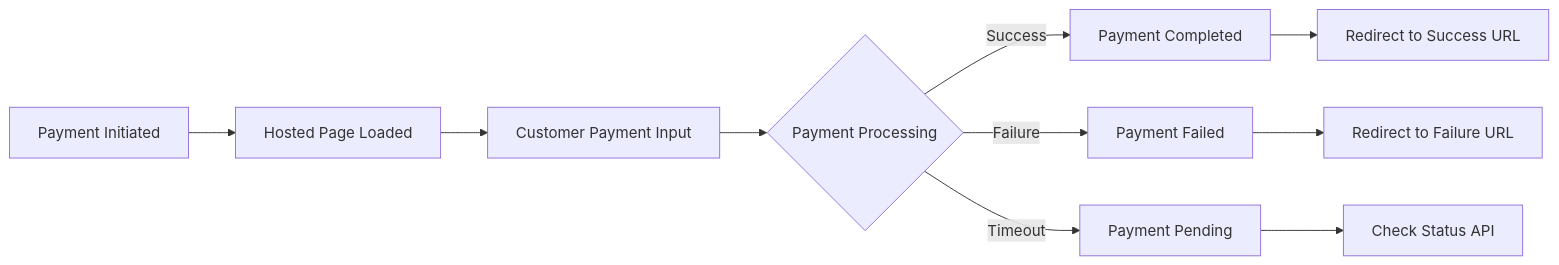
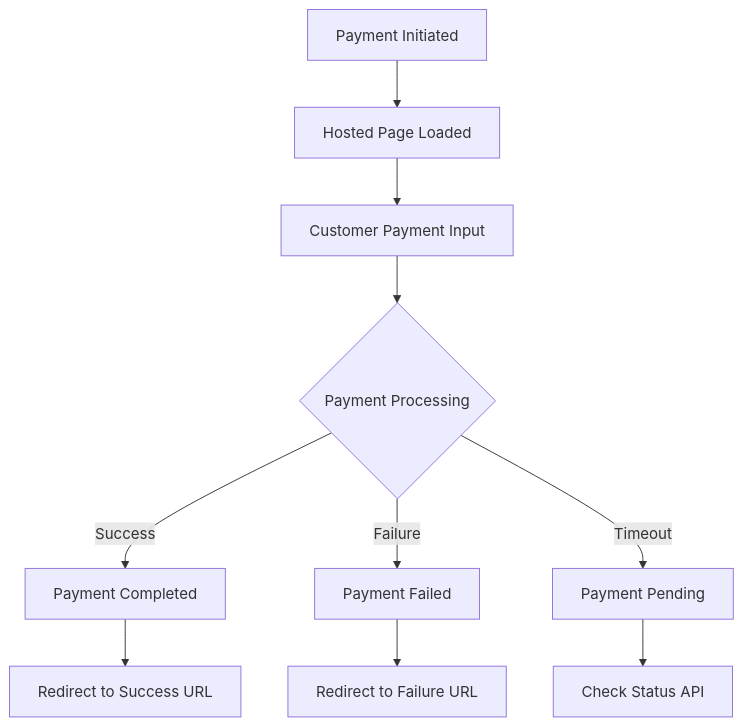
One commit to payu-india/CMS-Chatbot changed the diagram in reference/Collect Payment/sample-payu-hosted-checkout-api.md. Above: the diagram before and after it, drawn with Mermaid. The commit also changed other lines of this file, not shown here.

````diff
--- a/reference/Collect Payment/sample-payu-hosted-checkout-api.md
+++ b/reference/Collect Payment/sample-payu-hosted-checkout-api.md
@@ -446,12 +446,12 @@
 ```mermaid
-graph LR
+graph TD
     A[Payment Initiated] --> B[Hosted Page Loaded]
     B --> C[Customer Payment Input]
     C --> D{Payment Processing}
     D -->|Success| E[Payment Completed]
     D -->|Failure| F[Payment Failed]
     D -->|Timeout| G[Payment Pending]
     E --> H[Redirect to Success URL]
     F --> I[Redirect to Failure URL]
     G --> J[Check Status API]
 ```
````
